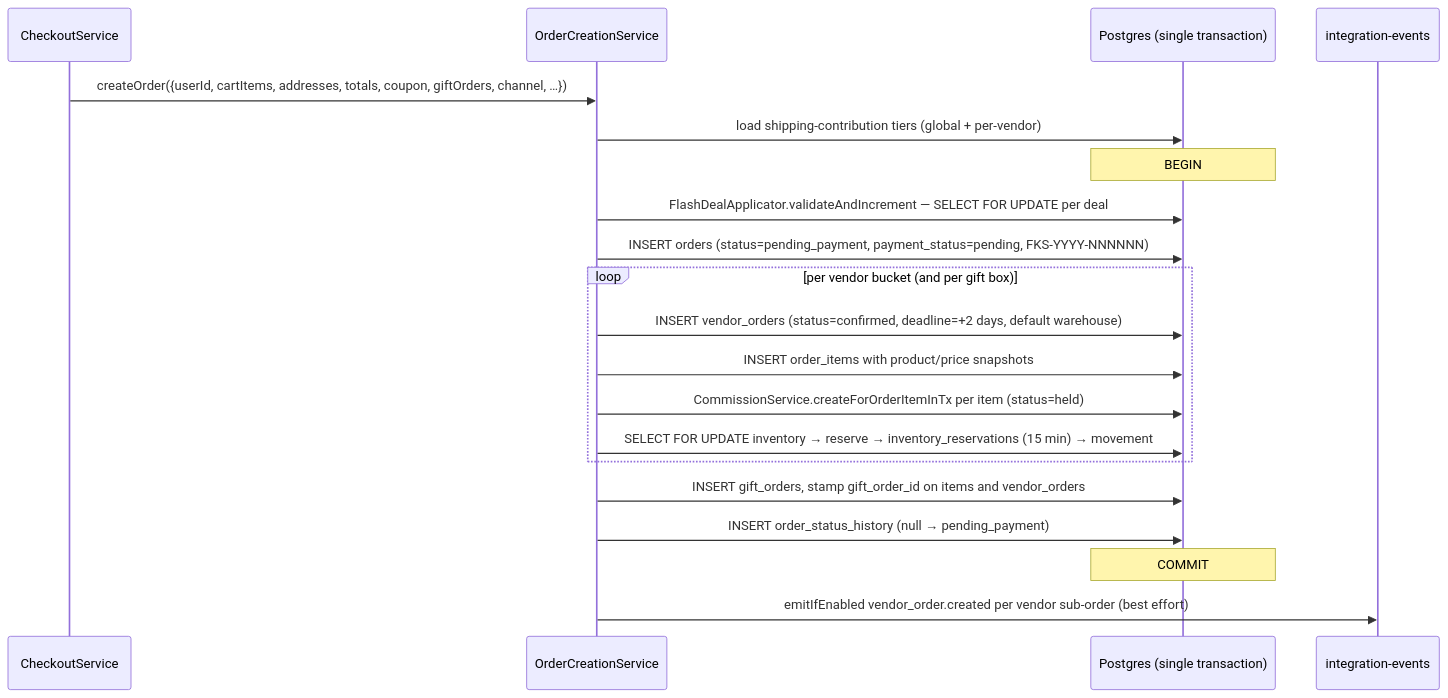
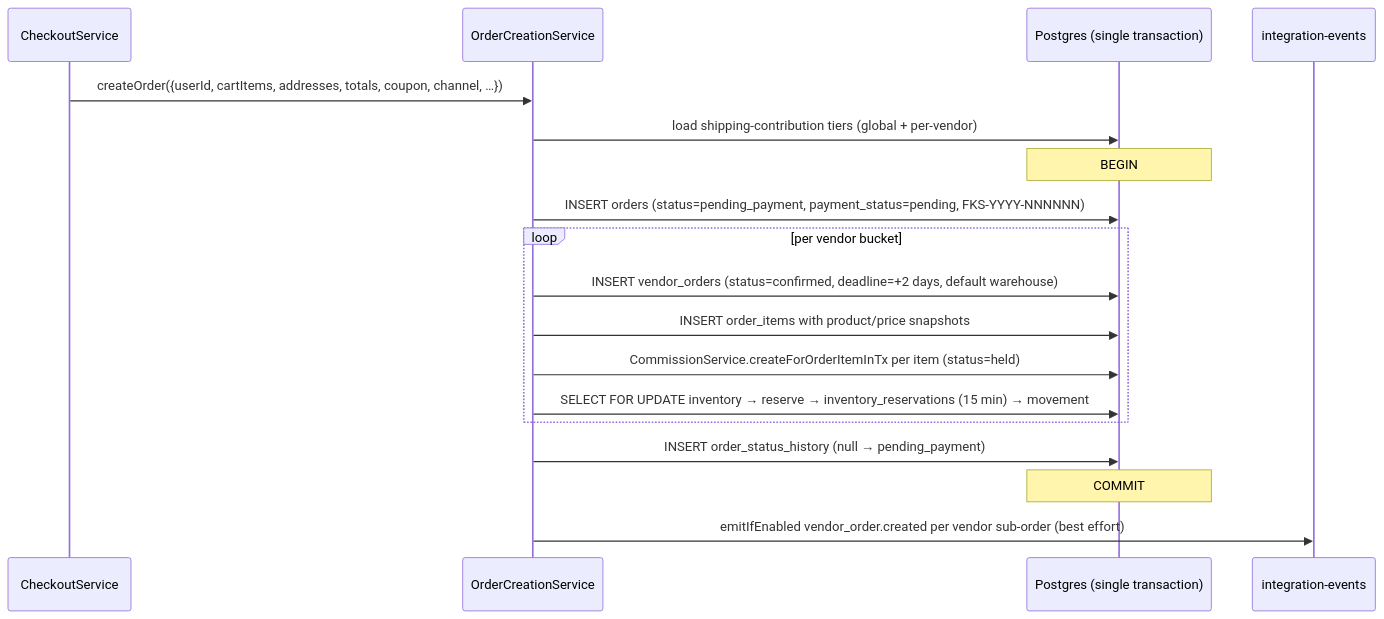
One commit to ismailfarisi/materialhub changed the third of 5 diagrams in docs/backend/07-cart-and-checkout.md. Above: the diagram before and after it, drawn with Mermaid. The commit also changed other lines of this file and 107 other files, not shown here.

First line of the commit message:
Prune order-service, finish the schema and update the backend docs

````diff
--- a/docs/backend/07-cart-and-checkout.md
+++ b/docs/backend/07-cart-and-checkout.md
@@ -192,23 +168,21 @@
 ```mermaid
 sequenceDiagram
     participant CS as CheckoutService
     participant OC as OrderCreationService
     participant DB as Postgres (single transaction)
     participant Q as integration-events
 
-    CS->>OC: createOrder({userId, cartItems, addresses, totals, coupon, giftOrders, channel, …})
+    CS->>OC: createOrder({userId, cartItems, addresses, totals, coupon, channel, …})
     OC->>DB: load shipping-contribution tiers (global + per-vendor)
     Note over DB: BEGIN
-    OC->>DB: FlashDealApplicator.validateAndIncrement — SELECT FOR UPDATE per deal
     OC->>DB: INSERT orders (status=pending_payment, payment_status=pending, FKS-YYYY-NNNNNN)
-    loop per vendor bucket (and per gift box)
+    loop per vendor bucket
         OC->>DB: INSERT vendor_orders (status=confirmed, deadline=+2 days, default warehouse)
         OC->>DB: INSERT order_items with product/price snapshots
         OC->>DB: CommissionService.createForOrderItemInTx per item (status=held)
         OC->>DB: SELECT FOR UPDATE inventory → reserve → inventory_reservations (15 min) → movement
     end
-    OC->>DB: INSERT gift_orders, stamp gift_order_id on items and vendor_orders
     OC->>DB: INSERT order_status_history (null → pending_payment)
     Note over DB: COMMIT
     OC->>Q: emitIfEnabled vendor_order.created per vendor sub-order (best effort)
 ```
````
